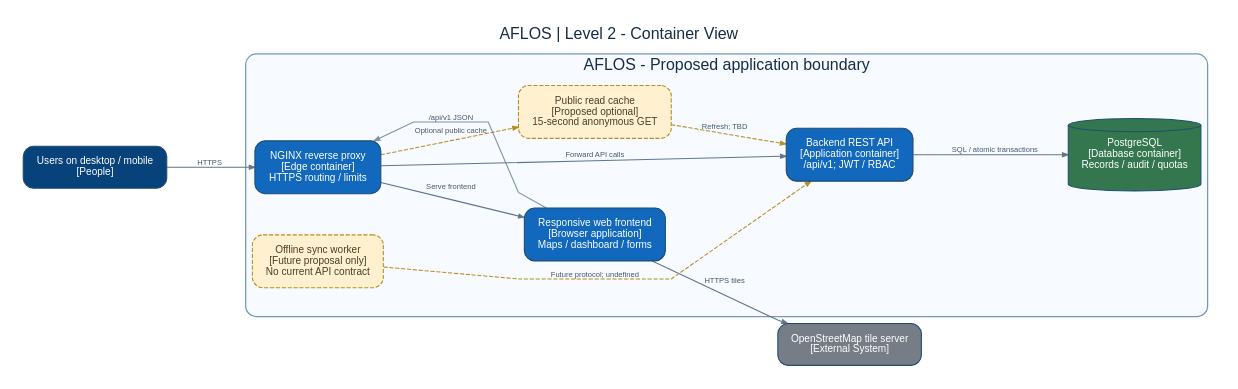
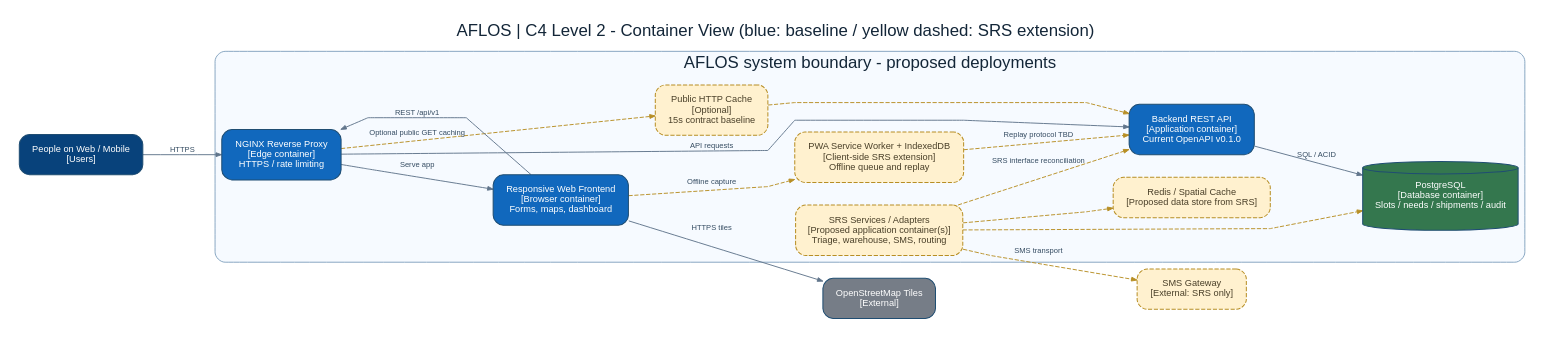
Before and after one commit to CoskunerBerke/AFLOS: the diagram in docs/architecture/diagrams/c4_level2_containers.dot, drawn with Graphviz. The commit also changed 10 other files, not shown here.

Commit message:
docs(architecture): align C4 model with Sprint 2 SRS

```diff
--- a/docs/architecture/diagrams/c4_level2_containers.dot
+++ b/docs/architecture/diagrams/c4_level2_containers.dot
@@ -1,27 +1,33 @@
 digraph G {
-  graph [bgcolor="white", pad="0.28", nodesep="0.34", ranksep="0.9", fontname="Arial", fontsize=19, fontcolor="#172d44", splines=polyline, outputorder=edgesfirst];
-  node [shape=box, style="filled,rounded", color="#1f4d72", penwidth=1.3, fontname="Arial", fontsize=12, fontcolor="white", margin="0.22,0.16"];
-  edge [fontname="Arial", fontsize=9, color="#60758b", fontcolor="#44586a", arrowsize=0.67, penwidth=1.25];
-
-  graph [rankdir=LR, label="AFLOS | Level 2 - Container View", labelloc=t, ranksep="1.0"];
-  people [label="Users on desktop / mobile\n[People]", fillcolor="#08427b"];
-  osm [label="OpenStreetMap tile server\n[External System]", fillcolor="#767d87"];
-  subgraph cluster_app {
-    label="AFLOS - Proposed application boundary"; style="rounded"; color="#7498b7"; penwidth=1.5; bgcolor="#f7faff";
-    proxy [label="NGINX reverse proxy\n[Edge container]\nHTTPS routing / limits", fillcolor="#1168bd"];
-    web [label="Responsive web frontend\n[Browser application]\nMaps / dashboard / forms", fillcolor="#1168bd"];
-    api [label="Backend REST API\n[Application container]\n/api/v1; JWT / RBAC", fillcolor="#1168bd"];
-    db [shape=cylinder, style=filled, label="PostgreSQL\n[Database container]\nRecords / audit / quotas", fillcolor="#34774e"];
-    cache [label="Public read cache\n[Proposed optional]\n15-second anonymous GET", fillcolor="#fff1cf", color="#b78e24", fontcolor="#493f28", style="filled,dashed,rounded"];
-    sync [label="Offline sync worker\n[Future proposal only]\nNo current API contract", fillcolor="#fff1cf", color="#b78e24", fontcolor="#493f28", style="filled,dashed,rounded"];
-  }
-  people -> proxy [label="HTTPS"];
-  proxy -> web [label="Serve frontend"];
-  web -> proxy [label="/api/v1 JSON", constraint=false, color="#7d91a1"];
-  proxy -> api [label="Forward API calls"];
-  api -> db [label="SQL / atomic transactions"];
-  web -> osm [label="HTTPS tiles"];
-  proxy -> cache [style=dashed, color="#b78e24", label="Optional public cache"];
-  cache -> api [style=dashed, color="#b78e24", label="Refresh; TBD"];
-  sync -> api [style=dashed, color="#b78e24", label="Future protocol; undefined", constraint=false];
+graph [bgcolor="white", pad="0.22", nodesep="0.37", ranksep="0.88", fontname="Arial", fontsize=20, fontcolor="#132638", splines=polyline, outputorder=edgesfirst];
+node [shape=box, style="filled,rounded", color="#1f4d72", penwidth=1.2, fontname="Arial", fontsize=11, fontcolor="white", margin="0.22,0.16"];
+edge [fontname="Arial", fontsize=9, color="#60758b", fontcolor="#344b61", arrowsize=0.65, penwidth=1.12];
+graph [rankdir=LR, label="AFLOS | C4 Level 2 - Container View (blue: baseline / yellow dashed: SRS extension)", labelloc=t];
+user [label="People on Web / Mobile\n[Users]", fillcolor="#08427b"];
+osm [label="OpenStreetMap Tiles\n[External]", fillcolor="#767d87"];
+smsgw [label="SMS Gateway\n[External: SRS only]", fillcolor="#fff1cf", color="#b78e24", fontcolor="#493f28", style="filled,dashed,rounded"];
+subgraph cluster_aflos { label="AFLOS system boundary - proposed deployments"; style="rounded"; color="#7498b7"; bgcolor="#f6faff";
+ edgegw [label="NGINX Reverse Proxy\n[Edge container]\nHTTPS / rate limiting", fillcolor="#1168bd"];
+ web [label="Responsive Web Frontend\n[Browser container]\nForms, maps, dashboard", fillcolor="#1168bd"];
+ pwa [label="PWA Service Worker + IndexedDB\n[Client-side SRS extension]\nOffline queue and replay", fillcolor="#fff1cf", color="#b78e24", fontcolor="#493f28", style="filled,dashed,rounded"];
+ api [label="Backend REST API\n[Application container]\nCurrent OpenAPI v0.1.0", fillcolor="#1168bd"];
+ db [label="PostgreSQL\n[Database container]\nSlots / needs / shipments / audit", shape=cylinder, style=filled, fillcolor="#34774e"];
+ edgecache [label="Public HTTP Cache\n[Optional]\n15s contract baseline", fillcolor="#fff1cf", color="#b78e24", fontcolor="#493f28", style="filled,dashed,rounded"];
+ newservices [label="SRS Services / Adapters\n[Proposed application container(s)]\nTriage, warehouse, SMS, routing", fillcolor="#fff1cf", color="#b78e24", fontcolor="#493f28", style="filled,dashed,rounded"];
+ spatial [label="Redis / Spatial Cache\n[Proposed data store from SRS]", fillcolor="#fff1cf", color="#b78e24", fontcolor="#493f28", style="filled,dashed,rounded"];
+ }
+user -> edgegw [label="HTTPS"];
+edgegw -> web [label="Serve app"];
+web -> edgegw [label="REST /api/v1", constraint=false];
+edgegw -> api [label="API requests"];
+api -> db [label="SQL / ACID"];
+web -> osm [label="HTTPS tiles"];
+web -> pwa [style=dashed, color="#b78e24", label="Offline capture"];
+pwa -> api [style=dashed, color="#b78e24", label="Replay protocol TBD"];
+edgegw -> edgecache [style=dashed, color="#b78e24", label="Optional public GET caching"];
+edgecache -> api [style=dashed, color="#b78e24"];
+newservices -> api [style=dashed, color="#b78e24", label="SRS interface reconciliation"];
+newservices -> db [style=dashed, color="#b78e24"];
+newservices -> spatial [style=dashed, color="#b78e24"];
+newservices -> smsgw [style=dashed, color="#b78e24", label="SMS transport"];
 }
```
